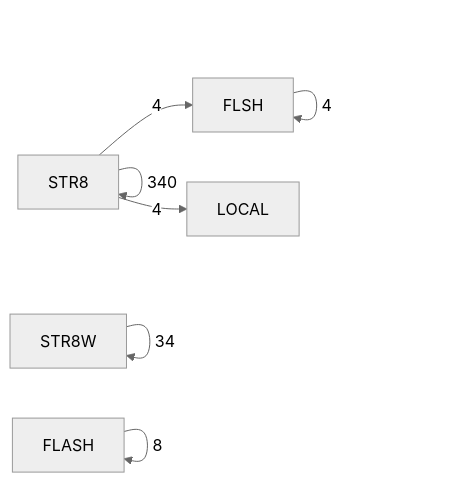
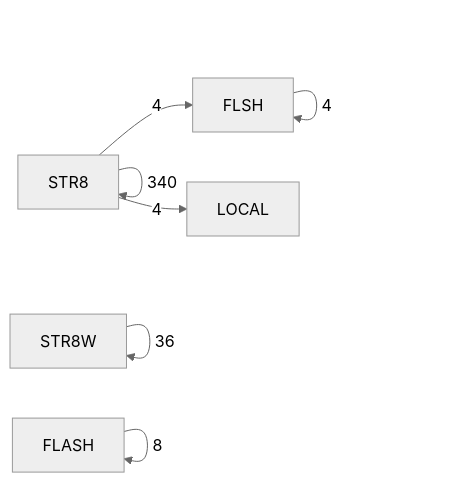
The fifth of 6 diagrams in DOC/GENERATED/ROUTINE_CLASS_DIAGRAM.md (95westus/R-YORS), drawn with Mermaid (neutral theme) before and after one commit. The commit also changed other lines of this file and 20 other files, not shown here.

````diff
--- a/DOC/GENERATED/ROUTINE_CLASS_DIAGRAM.md
+++ b/DOC/GENERATED/ROUTINE_CLASS_DIAGRAM.md
@@ -77,9 +77,9 @@
 ```mermaid
 flowchart LR
     P_STR8[STR8] -->|340| P_STR8[STR8]
-    P_STR8W[STR8W] -->|34| P_STR8W[STR8W]
+    P_STR8W[STR8W] -->|36| P_STR8W[STR8W]
     P_FLASH[FLASH] -->|8| P_FLASH[FLASH]
     P_FLSH[FLSH] -->|4| P_FLSH[FLSH]
     P_STR8[STR8] -->|4| P_FLSH[FLSH]
     P_STR8[STR8] -->|4| P_LOCAL[LOCAL]
 ```
````
